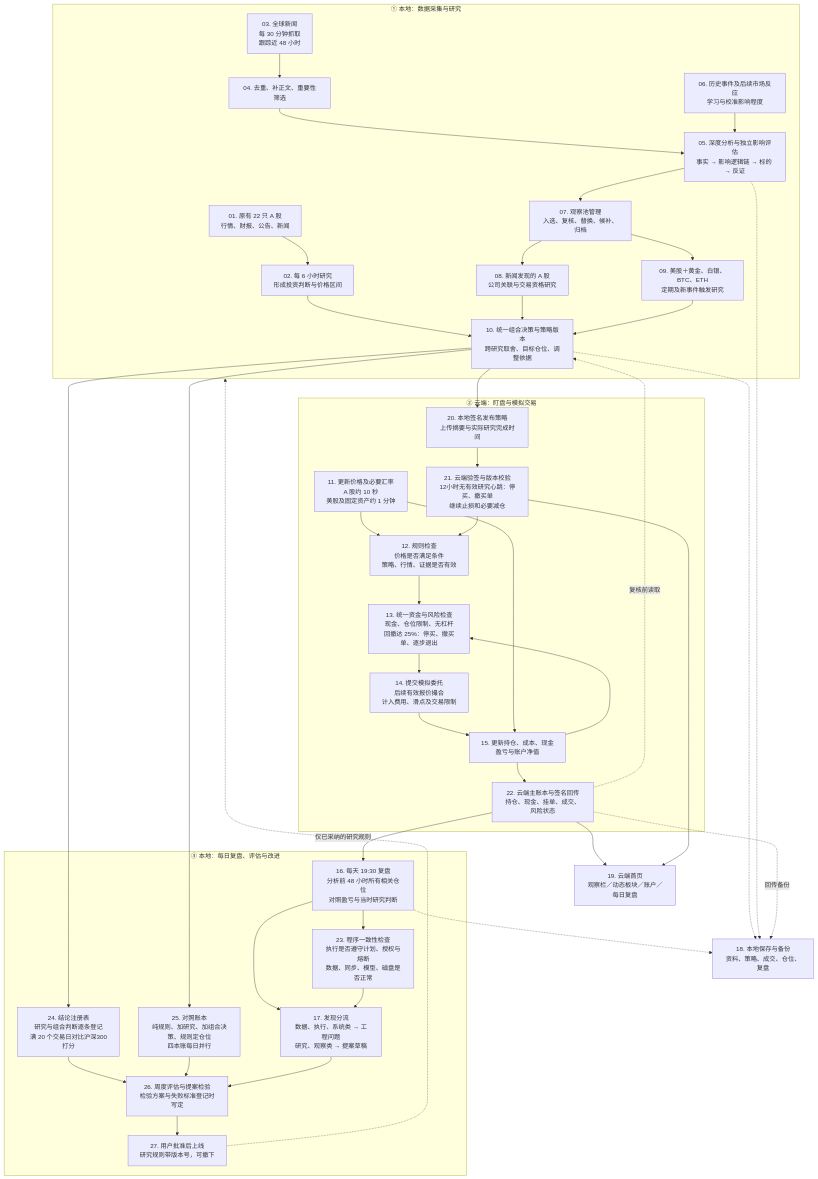
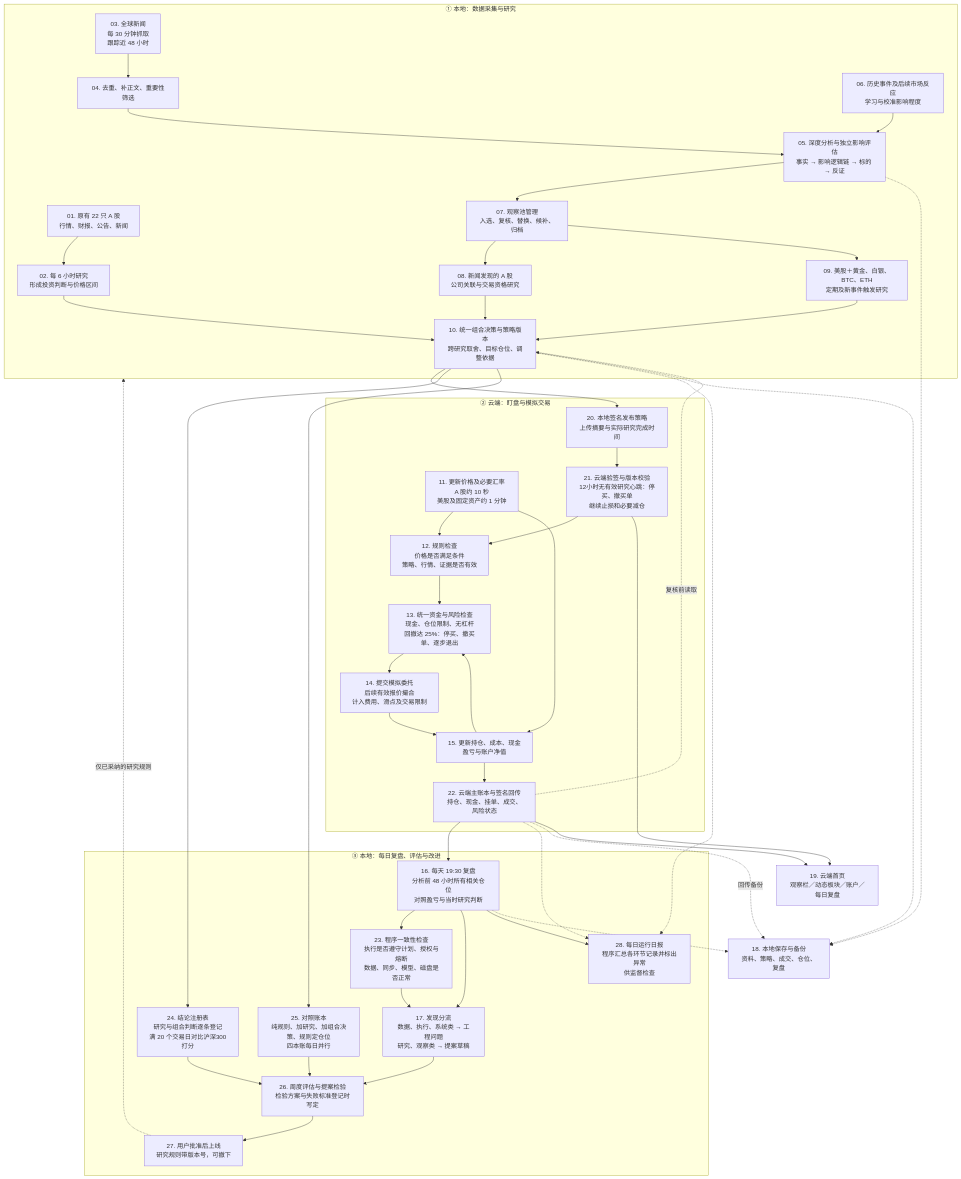
One commit to yyd106/thesistrade changed the diagram in docs/当前数据运行流程.md. Above: the diagram before and after it, drawn with Mermaid. The commit also changed other lines of this file and 4 other files, not shown here.

````diff
--- a/docs/当前数据运行流程.md
+++ b/docs/当前数据运行流程.md
@@ -7,51 +7,54 @@
 ```mermaid
 flowchart TD
     subgraph Research["① 本地：数据采集与研究"]
         A["01. 原有 22 只 A 股<br/>行情、财报、公告、新闻"] --> B["02. 每 6 小时研究<br/>形成投资判断与价格区间"]
         C["03. 全球新闻<br/>每 30 分钟抓取<br/>跟踪近 48 小时"] --> D["04. 去重、补正文、重要性筛选"]
         D --> F["05. 深度分析与独立影响评估<br/>事实 → 影响逻辑链 → 标的 → 反证"]
         H["06. 历史事件及后续市场反应<br/>学习与校准影响程度"] --> F
         F --> W["07. 观察池管理<br/>入选、复核、替换、候补、归档"]
         W --> J["08. 新闻发现的 A 股<br/>公司关联与交易资格研究"]
         W --> G["09. 美股＋黄金、白银、BTC、ETH<br/>定期及新事件触发研究"]
         B --> P["10. 统一组合决策与策略版本<br/>跨研究取舍、目标仓位、调整依据"]
         J --> P
         G --> P
     end
 
     subgraph Trading["② 云端：盯盘与模拟交易"]
         Q["11. 更新价格及必要汇率<br/>A 股约 10 秒<br/>美股及固定资产约 1 分钟"] --> E["12. 规则检查<br/>价格是否满足条件<br/>策略、行情、证据是否有效"]
         P --> S["20. 本地签名发布策略<br/>上传摘要与实际研究完成时间"]
         S --> HBC["21. 云端验签与版本校验<br/>12小时无有效研究心跳：停买、撤买单<br/>继续止损和必要减仓"]
         HBC --> E
         E --> R["13. 统一资金与风险检查<br/>现金、仓位限制、无杠杆<br/>回撤达 25%：停买、撤买单、逐步退出"]
         R --> O["14. 提交模拟委托<br/>后续有效报价撮合<br/>计入费用、滑点及交易限制"]
         O --> V["15. 更新持仓、成本、现金<br/>盈亏与账户净值"]
         Q --> V
         V --> R
         V --> LEDGER["22. 云端主账本与签名回传<br/>持仓、现金、挂单、成交、风险状态"]
         LEDGER -. 复核前读取 .-> P
     end
 
     subgraph Review["③ 本地：每日复盘、评估与改进"]
         LEDGER --> RV["16. 每天 19:30 复盘<br/>分析前 48 小时所有相关仓位<br/>对照盈亏与当时研究判断"]
         RV --> CK["23. 程序一致性检查<br/>执行是否遵守计划、授权与熔断<br/>数据、同步、模型、磁盘是否正常"]
         RV --> L["17. 发现分流<br/>数据、执行、系统类 → 工程问题<br/>研究、观察类 → 提案草稿"]
         CK --> L
         P --> REG["24. 结论注册表<br/>研究与组合判断逐条登记<br/>满 20 个交易日对比沪深300打分"]
         P --> SB["25. 对照账本<br/>纯规则、加研究、加组合决策、规则定仓位<br/>四本账每日并行"]
         REG --> WK["26. 周度评估与提案检验<br/>检验方案与失败标准登记时写定"]
         SB --> WK
         L --> WK
         WK --> AD["27. 用户批准后上线<br/>研究规则带版本号，可撤下"]
+        RV --> DG["28. 每日运行日报<br/>程序汇总各环节记录并标出异常<br/>供监督检查"]
+        P -.-> DG
+        LEDGER -.-> DG
     end
 
     AD -. 仅已采纳的研究规则 .-> Research
 
     P -.-> DB["18. 本地保存与备份<br/>资料、策略、成交、仓位、复盘"]
     F -.-> DB
     LEDGER -. 回传备份 .-> DB
     RV -.-> DB
     LEDGER --> UI["19. 云端首页<br/>观察栏／动态板块／账户／每日复盘"]
     HBC --> UI
 ```
````
